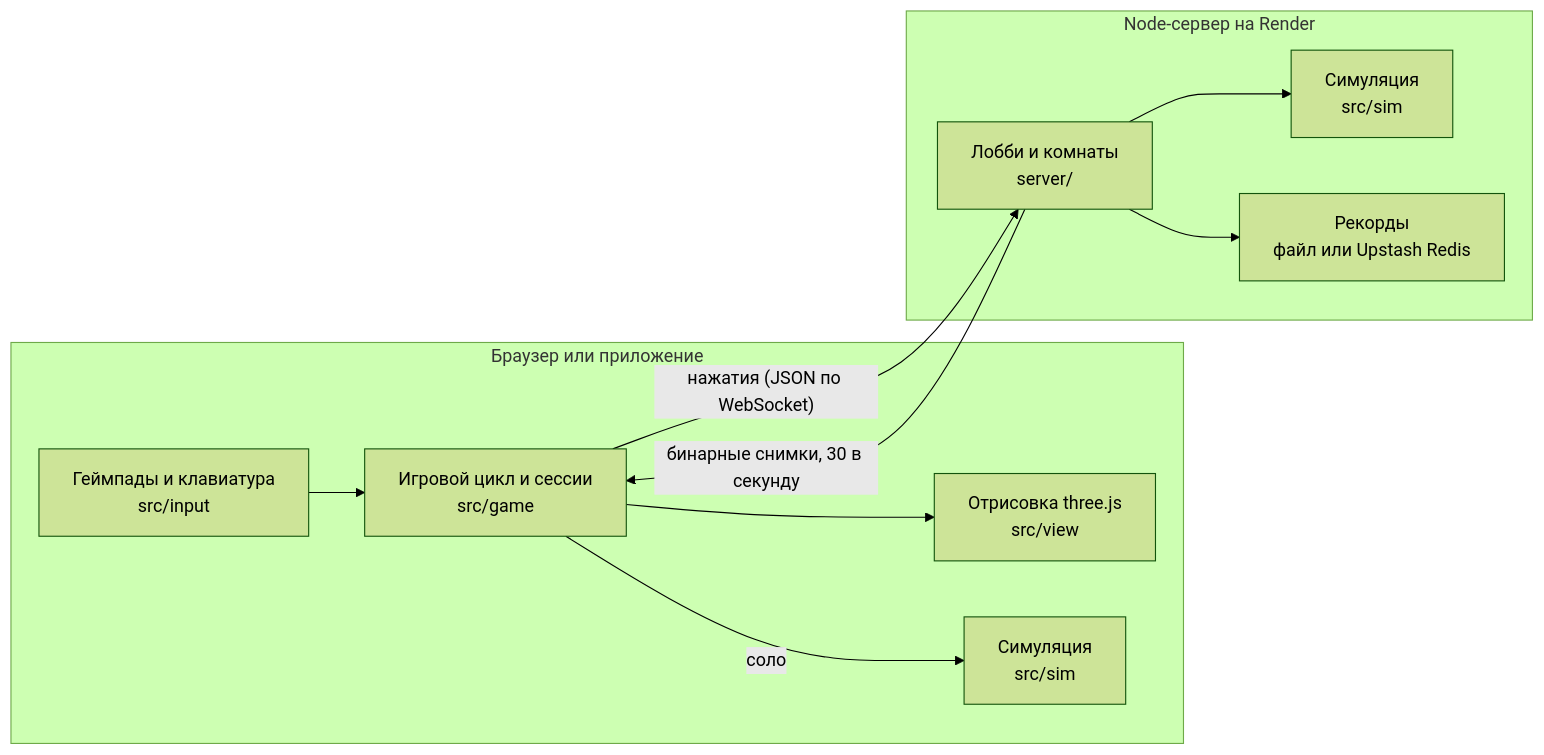
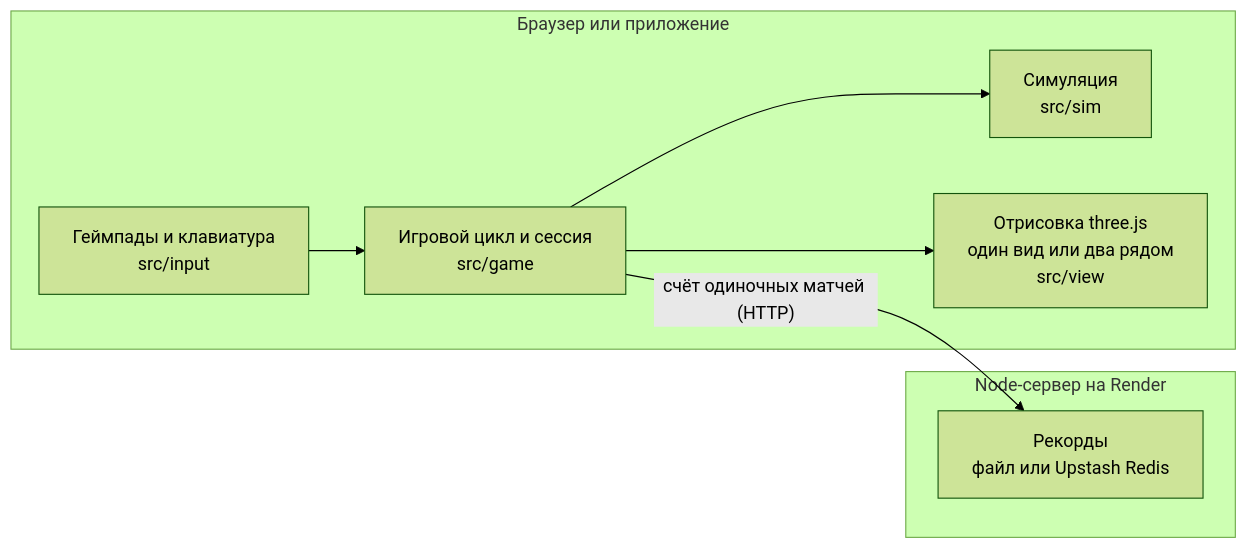
The diagram in README.ru.md (AendeGitHub/UrSimulator), drawn with Mermaid (forest theme) before and after one commit. The commit also changed other lines of this file and 41 other files, not shown here.

````diff
--- a/README.ru.md
+++ b/README.ru.md
@@ -47,14 +47,12 @@
 ```mermaid
 flowchart LR
   subgraph Client["Браузер или приложение"]
-    Input["Геймпады и клавиатура<br/>src/input"] --> Game["Игровой цикл и сессии<br/>src/game"]
-    Game --> View["Отрисовка three.js<br/>src/view"]
-    Game -- соло --> LocalSim["Симуляция<br/>src/sim"]
+    Input["Геймпады и клавиатура<br/>src/input"] --> Game["Игровой цикл и сессия<br/>src/game"]
+    Game --> Sim["Симуляция<br/>src/sim"]
+    Game --> View["Отрисовка three.js<br/>один вид или два рядом<br/>src/view"]
   end
   subgraph Server["Node-сервер на Render"]
-    Rooms["Лобби и комнаты<br/>server/"] --> ServerSim["Симуляция<br/>src/sim"]
-    Rooms --> Records["Рекорды<br/>файл или Upstash Redis"]
+    Records["Рекорды<br/>файл или Upstash Redis"]
   end
-  Game -- "нажатия (JSON по WebSocket)" --> Rooms
-  Rooms -- "бинарные снимки, 30 в секунду" --> Game
+  Game -- "счёт одиночных матчей (HTTP)" --> Records
 ```
````
